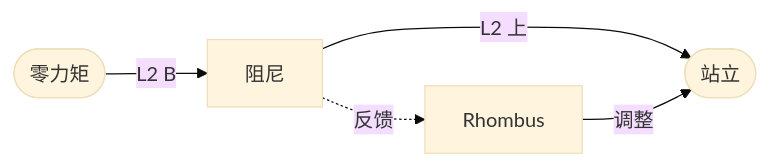
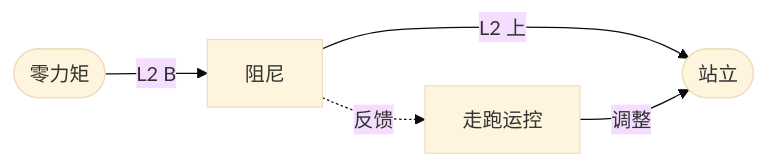
One commit to J-X-Chen/Note changed the diagram in UnitreeG1/遥控器.md. Above: the diagram before and after it, drawn with Mermaid (base theme). The commit also changed other lines of this file, not shown here.

````diff
--- a/UnitreeG1/遥控器.md
+++ b/UnitreeG1/遥控器.md
@@ -8,7 +8,7 @@
 ```mermaid
 graph LR
     A([零力矩]) -- L2 B --> B[阻尼]
     B -- L2 上 --> C([站立])
-    B -. 反馈 .-> D[Rhombus]
+    B -. 反馈 .-> D[走跑运控]
     D -- 调整 --> C
 ```
````
